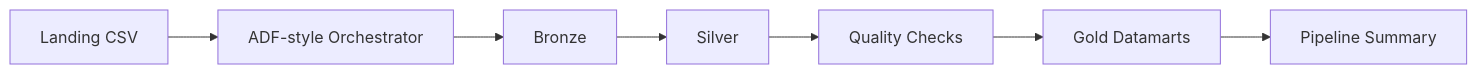
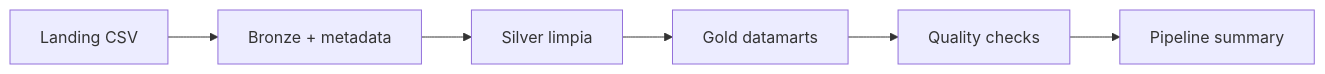
Before and after one commit to franciscosalaspla/data-engineering-portfolio: the diagram in 22-azure-adf-databricks-medallion/README.md, drawn with Mermaid. The commit also changed other lines of this file, not shown here.

````diff
--- a/22-azure-adf-databricks-medallion/README.md
+++ b/22-azure-adf-databricks-medallion/README.md
@@ -11,9 +11,8 @@
 ```mermaid
 flowchart LR
-    A[Landing CSV] --> B[ADF-style Orchestrator]
-    B --> C[Bronze]
-    C --> D[Silver]
-    D --> E[Quality Checks]
-    E --> F[Gold Datamarts]
-    F --> G[Pipeline Summary]
+    A["Landing CSV"] --> B["Bronze + metadata"]
+    B --> C["Silver limpia"]
+    C --> D["Gold datamarts"]
+    D --> E["Quality checks"]
+    E --> F["Pipeline summary"]
 ```
````
